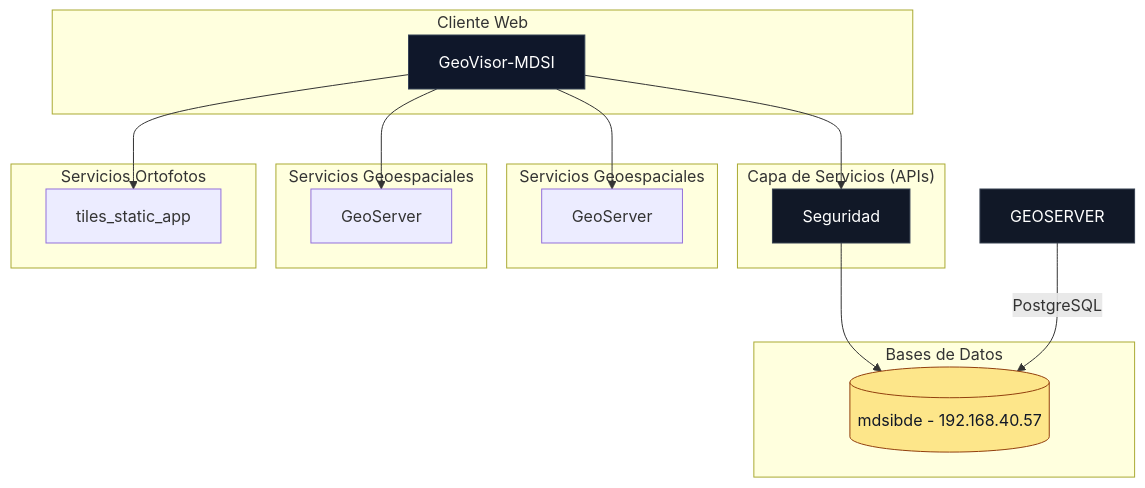
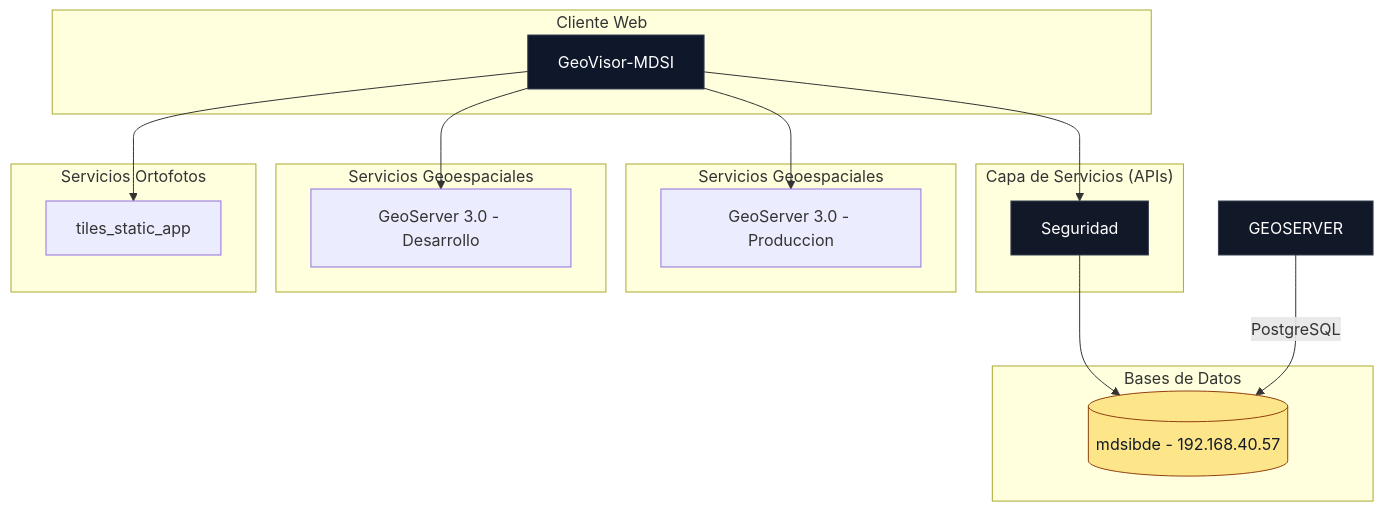
The diagram in README.md (mdsigeovisor/geovisormdsi), drawn with Mermaid before and after one commit.

````diff
--- a/README.md
+++ b/README.md
@@ -3,53 +3,53 @@
 ```mermaid
 graph TB
   %% =========================
   %% COMPONENTES
   %% =========================
   subgraph "Cliente Web"
     FRONT[GeoVisor-MDSI]
   end
 
   subgraph "Capa de Servicios (APIs)"
     AUTH[Seguridad]
   end
 
   subgraph "Bases de Datos"
     DB1[(mdsibde - 192.168.40.57)]
   end
   
   subgraph "Servicios Geoespaciales"
-    GEOSERVER_PROD[GeoServer]
+    GEOSERVER_PROD[GeoServer 3.0 - Produccion]
   end
 
   subgraph "Servicios Geoespaciales"
-    GEOSERVER_DEV[GeoServer]
+    GEOSERVER_DEV[GeoServer 3.0 - Desarrollo]
   end
 
   subgraph "Servicios Ortofotos"
     ORTOFOTOS[tiles_static_app]
   end
 
   %% =========================
   %% RELACIONES
   %% =========================
   FRONT --> AUTH
   FRONT --> GEOSERVER_PROD
   FRONT --> GEOSERVER_DEV
   FRONT --> ORTOFOTOS
   
 
 
   AUTH --> DB1
   GEOSERVER -- "PostgreSQL" --> DB1
 
   %% =========================
   %% ESTILOS
   %% =========================
   classDef front fill:#0f172a,stroke:#334155,stroke-width:1px,color:#fff;
   classDef service fill:#111827,stroke:#374151,stroke-width:1px,color:#fff;
   classDef db fill:#fde68a,stroke:#92400e,stroke-width:1px,color:#111827;
 
   class FRONT front;
   class AUTH,GEOSERVER service;
   class DB1 db;
 ```
````
